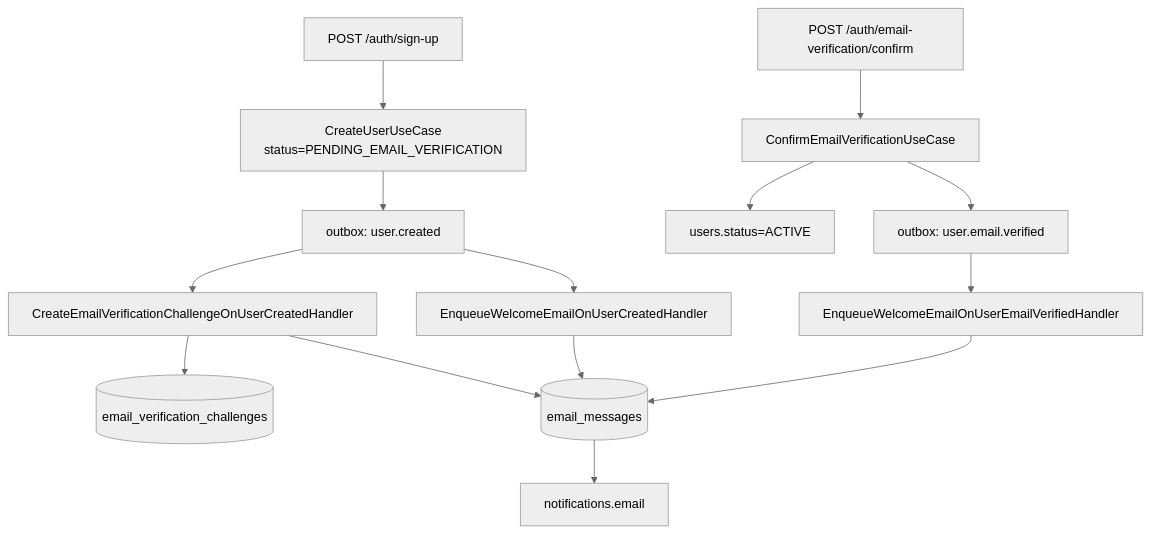
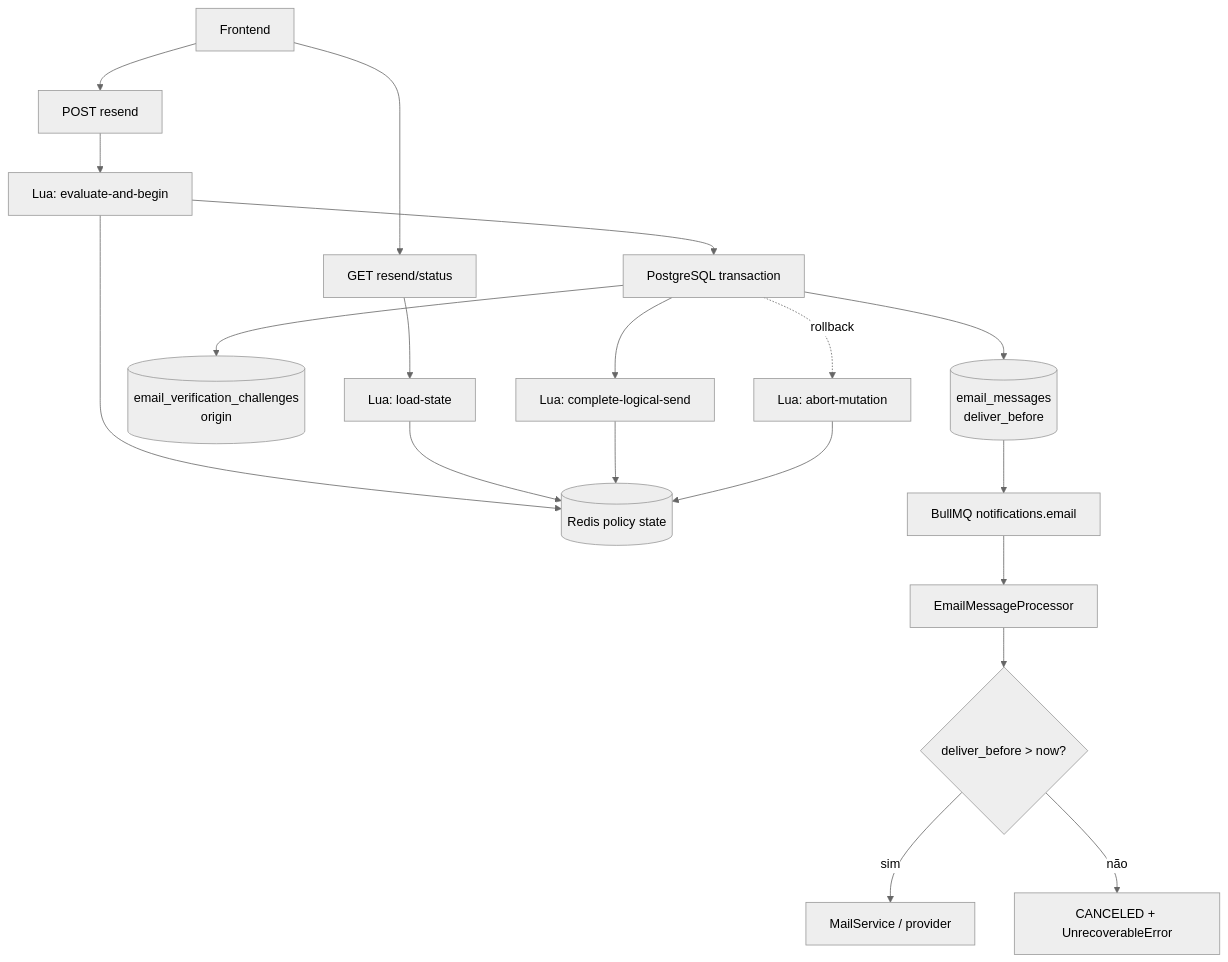
One commit to danzSTK/personal-finance-backend changed the diagram in docs/specs/auth/email-verification/specs/design.md. Above: the diagram before and after it, drawn with Mermaid (neutral theme). The commit also changed other lines of this file and 103 other files, not shown here.

First line of the commit message:
feat(auth): redefine reenvio de verificação de e-mail (#85)

````diff
--- a/docs/specs/auth/email-verification/specs/design.md
+++ b/docs/specs/auth/email-verification/specs/design.md
@@ -21,16 +47,21 @@
 ```mermaid
 flowchart TD
-  Signup["POST /auth/sign-up"] --> CreateUser["CreateUserUseCase\nstatus=PENDING_EMAIL_VERIFICATION"]
-  CreateUser --> UserCreated["outbox: user.created"]
-  UserCreated --> VerifyHandler["CreateEmailVerificationChallengeOnUserCreatedHandler"]
-  UserCreated --> WelcomeCreated["EnqueueWelcomeEmailOnUserCreatedHandler"]
-  VerifyHandler --> Challenge[("email_verification_challenges")]
-  VerifyHandler --> EmailMessages[("email_messages")]
-  EmailMessages --> Queue["notifications.email"]
-  Confirm["POST /auth/email-verification/confirm"] --> Consume["ConfirmEmailVerificationUseCase"]
-  Consume --> Active["users.status=ACTIVE"]
-  Consume --> VerifiedEvent["outbox: user.email.verified"]
-  VerifiedEvent --> WelcomeVerified["EnqueueWelcomeEmailOnUserEmailVerifiedHandler"]
-  WelcomeCreated --> EmailMessages
-  WelcomeVerified --> EmailMessages
+  Client["Frontend"] --> Status["GET resend/status"]
+  Client --> Resend["POST resend"]
+  Resend --> Begin["Lua: evaluate-and-begin"]
+  Status --> Load["Lua: load-state"]
+  Begin --> Redis[("Redis policy state")]
+  Load --> Redis
+  Begin --> Tx["PostgreSQL transaction"]
+  Tx --> Challenge[("email_verification_challenges\norigin")]
+  Tx --> Intent[("email_messages\ndeliver_before")]
+  Tx --> Complete["Lua: complete-logical-send"]
+  Tx -. rollback .-> Abort["Lua: abort-mutation"]
+  Complete --> Redis
+  Abort --> Redis
+  Intent --> Queue["BullMQ notifications.email"]
+  Queue --> Worker["EmailMessageProcessor"]
+  Worker --> Deadline{"deliver_before > now?"}
+  Deadline -->|sim| Provider["MailService / provider"]
+  Deadline -->|não| Cancel["CANCELED + UnrecoverableError"]
 ```
````
